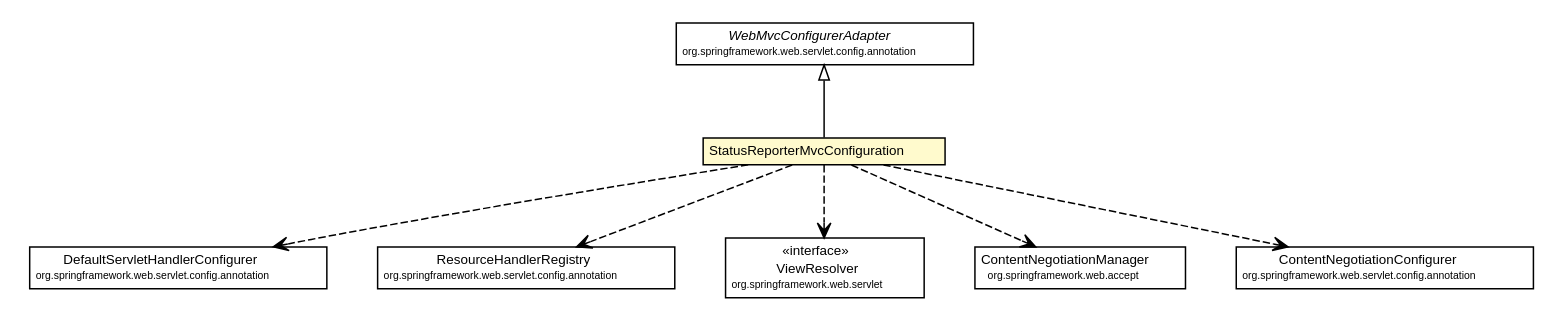
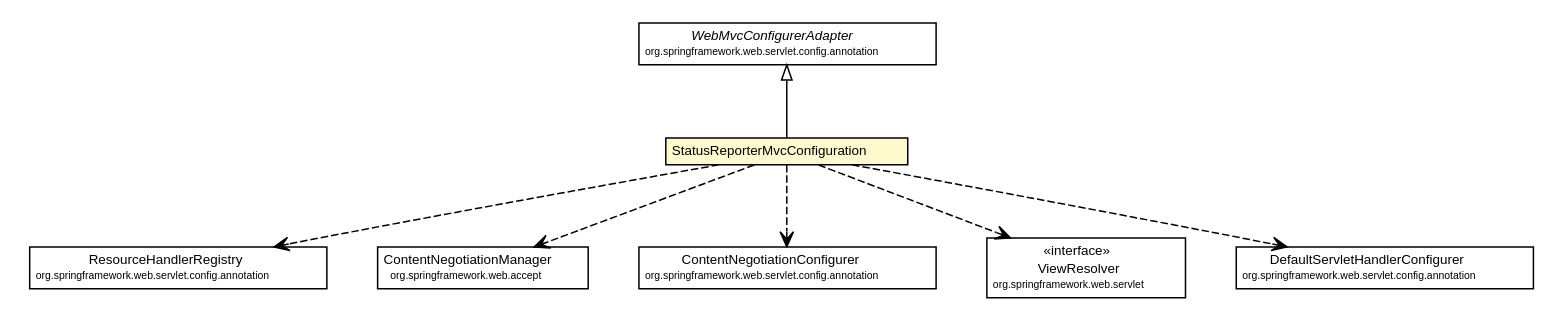
One commit to willmorejg/net.ljcomputing.status-reporter changed the diagram in docs/javadoc/apidocs/net/ljcomputing/sr/config/StatusReporterMvcConfiguration.dot. Above: the diagram before and after it, drawn with Graphviz. The commit also changed 189 other files, not shown here.

```diff
--- a/docs/javadoc/apidocs/net/ljcomputing/sr/config/StatusReporterMvcConfiguration.dot
+++ b/docs/javadoc/apidocs/net/ljcomputing/sr/config/StatusReporterMvcConfiguration.dot
@@ -1,73 +1,73 @@
 #!/usr/local/bin/dot
 #
 # Class diagram 
 # Generated by UMLGraph version R5_6-24-gf6e263 (http://www.umlgraph.org/)
 #
 
 digraph G {
 	edge [fontname="Helvetica",fontsize=10,labelfontname="Helvetica",labelfontsize=10];
 	node [fontname="Helvetica",fontsize=10,shape=plaintext];
 	nodesep=0.25;
 	ranksep=0.5;
 	// net.ljcomputing.sr.config.StatusReporterMvcConfiguration
 	c2625 [label=<<table title="net.ljcomputing.sr.config.StatusReporterMvcConfiguration" border="0" cellborder="1" cellspacing="0" cellpadding="2" port="p" bgcolor="lemonChiffon" href="./StatusReporterMvcConfiguration.html">
 		<tr><td><table border="0" cellspacing="0" cellpadding="1">
 <tr><td align="center" balign="center"> StatusReporterMvcConfiguration </td></tr>
 		</table></td></tr>
 		</table>>, URL="./StatusReporterMvcConfiguration.html", fontname="Helvetica", fontcolor="black", fontsize=9.0];
 	//net.ljcomputing.sr.config.StatusReporterMvcConfiguration extends org.springframework.web.servlet.config.annotation.WebMvcConfigurerAdapter
 	c2632:p -> c2625:p [dir=back,arrowtail=empty];
+	// net.ljcomputing.sr.config.StatusReporterMvcConfiguration DEPEND org.springframework.web.servlet.config.annotation.ResourceHandlerRegistry
+	c2625:p -> c2635:p [taillabel="", label="", headlabel="", fontname="Helvetica", fontcolor="black", fontsize=10.0, color="black", arrowhead=open, style=dashed];
+	// net.ljcomputing.sr.config.StatusReporterMvcConfiguration DEPEND org.springframework.web.accept.ContentNegotiationManager
+	c2625:p -> c2640:p [taillabel="", label="", headlabel="", fontname="Helvetica", fontcolor="black", fontsize=10.0, color="black", arrowhead=open, style=dashed];
+	// net.ljcomputing.sr.config.StatusReporterMvcConfiguration DEPEND org.springframework.web.servlet.config.annotation.ContentNegotiationConfigurer
+	c2625:p -> c2642:p [taillabel="", label="", headlabel="", fontname="Helvetica", fontcolor="black", fontsize=10.0, color="black", arrowhead=open, style=dashed];
+	// net.ljcomputing.sr.config.StatusReporterMvcConfiguration DEPEND org.springframework.web.servlet.ViewResolver
+	c2625:p -> c2644:p [taillabel="", label="", headlabel="", fontname="Helvetica", fontcolor="black", fontsize=10.0, color="black", arrowhead=open, style=dashed];
 	// net.ljcomputing.sr.config.StatusReporterMvcConfiguration DEPEND org.springframework.web.servlet.config.annotation.DefaultServletHandlerConfigurer
-	c2625:p -> c2635:p [taillabel="", label="", headlabel="", fontname="Helvetica", fontcolor="black", fontsize=10.0, color="black", arrowhead=open, style=dashed];
-	// net.ljcomputing.sr.config.StatusReporterMvcConfiguration DEPEND org.springframework.web.servlet.config.annotation.ResourceHandlerRegistry
-	c2625:p -> c2637:p [taillabel="", label="", headlabel="", fontname="Helvetica", fontcolor="black", fontsize=10.0, color="black", arrowhead=open, style=dashed];
-	// net.ljcomputing.sr.config.StatusReporterMvcConfiguration DEPEND org.springframework.web.servlet.ViewResolver
-	c2625:p -> c2639:p [taillabel="", label="", headlabel="", fontname="Helvetica", fontcolor="black", fontsize=10.0, color="black", arrowhead=open, style=dashed];
-	// net.ljcomputing.sr.config.StatusReporterMvcConfiguration DEPEND org.springframework.web.accept.ContentNegotiationManager
-	c2625:p -> c2644:p [taillabel="", label="", headlabel="", fontname="Helvetica", fontcolor="black", fontsize=10.0, color="black", arrowhead=open, style=dashed];
-	// net.ljcomputing.sr.config.StatusReporterMvcConfiguration DEPEND org.springframework.web.servlet.config.annotation.ContentNegotiationConfigurer
 	c2625:p -> c2646:p [taillabel="", label="", headlabel="", fontname="Helvetica", fontcolor="black", fontsize=10.0, color="black", arrowhead=open, style=dashed];
 	// org.springframework.web.servlet.config.annotation.DefaultServletHandlerConfigurer
-	c2635 [label=<<table title="org.springframework.web.servlet.config.annotation.DefaultServletHandlerConfigurer" border="0" cellborder="1" cellspacing="0" cellpadding="2" port="p">
+	c2646 [label=<<table title="org.springframework.web.servlet.config.annotation.DefaultServletHandlerConfigurer" border="0" cellborder="1" cellspacing="0" cellpadding="2" port="p">
 		<tr><td><table border="0" cellspacing="0" cellpadding="1">
 <tr><td align="center" balign="center"> DefaultServletHandlerConfigurer </td></tr>
 <tr><td align="center" balign="center"><font point-size="7.0"> org.springframework.web.servlet.config.annotation </font></td></tr>
 		</table></td></tr>
 		</table>>, URL="null", fontname="Helvetica", fontcolor="black", fontsize=9.0];
 	// org.springframework.web.servlet.config.annotation.ContentNegotiationConfigurer
-	c2646 [label=<<table title="org.springframework.web.servlet.config.annotation.ContentNegotiationConfigurer" border="0" cellborder="1" cellspacing="0" cellpadding="2" port="p">
+	c2642 [label=<<table title="org.springframework.web.servlet.config.annotation.ContentNegotiationConfigurer" border="0" cellborder="1" cellspacing="0" cellpadding="2" port="p">
 		<tr><td><table border="0" cellspacing="0" cellpadding="1">
 <tr><td align="center" balign="center"> ContentNegotiationConfigurer </td></tr>
 <tr><td align="center" balign="center"><font point-size="7.0"> org.springframework.web.servlet.config.annotation </font></td></tr>
 		</table></td></tr>
 		</table>>, URL="null", fontname="Helvetica", fontcolor="black", fontsize=9.0];
 	// org.springframework.web.servlet.config.annotation.WebMvcConfigurerAdapter
 	c2632 [label=<<table title="org.springframework.web.servlet.config.annotation.WebMvcConfigurerAdapter" border="0" cellborder="1" cellspacing="0" cellpadding="2" port="p">
 		<tr><td><table border="0" cellspacing="0" cellpadding="1">
 <tr><td align="center" balign="center"><font face="Helvetica-Oblique"> WebMvcConfigurerAdapter </font></td></tr>
 <tr><td align="center" balign="center"><font point-size="7.0"> org.springframework.web.servlet.config.annotation </font></td></tr>
 		</table></td></tr>
 		</table>>, URL="null", fontname="Helvetica", fontcolor="black", fontsize=9.0];
 	// org.springframework.web.servlet.ViewResolver
-	c2639 [label=<<table title="org.springframework.web.servlet.ViewResolver" border="0" cellborder="1" cellspacing="0" cellpadding="2" port="p">
+	c2644 [label=<<table title="org.springframework.web.servlet.ViewResolver" border="0" cellborder="1" cellspacing="0" cellpadding="2" port="p">
 		<tr><td><table border="0" cellspacing="0" cellpadding="1">
 <tr><td align="center" balign="center"> &#171;interface&#187; </td></tr>
 <tr><td align="center" balign="center"> ViewResolver </td></tr>
 <tr><td align="center" balign="center"><font point-size="7.0"> org.springframework.web.servlet </font></td></tr>
 		</table></td></tr>
 		</table>>, URL="null", fontname="Helvetica", fontcolor="black", fontsize=9.0];
 	// org.springframework.web.servlet.config.annotation.ResourceHandlerRegistry
-	c2637 [label=<<table title="org.springframework.web.servlet.config.annotation.ResourceHandlerRegistry" border="0" cellborder="1" cellspacing="0" cellpadding="2" port="p">
+	c2635 [label=<<table title="org.springframework.web.servlet.config.annotation.ResourceHandlerRegistry" border="0" cellborder="1" cellspacing="0" cellpadding="2" port="p">
 		<tr><td><table border="0" cellspacing="0" cellpadding="1">
 <tr><td align="center" balign="center"> ResourceHandlerRegistry </td></tr>
 <tr><td align="center" balign="center"><font point-size="7.0"> org.springframework.web.servlet.config.annotation </font></td></tr>
 		</table></td></tr>
 		</table>>, URL="null", fontname="Helvetica", fontcolor="black", fontsize=9.0];
 	// org.springframework.web.accept.ContentNegotiationManager
-	c2644 [label=<<table title="org.springframework.web.accept.ContentNegotiationManager" border="0" cellborder="1" cellspacing="0" cellpadding="2" port="p">
+	c2640 [label=<<table title="org.springframework.web.accept.ContentNegotiationManager" border="0" cellborder="1" cellspacing="0" cellpadding="2" port="p">
 		<tr><td><table border="0" cellspacing="0" cellpadding="1">
 <tr><td align="center" balign="center"> ContentNegotiationManager </td></tr>
 <tr><td align="center" balign="center"><font point-size="7.0"> org.springframework.web.accept </font></td></tr>
 		</table></td></tr>
 		</table>>, URL="null", fontname="Helvetica", fontcolor="black", fontsize=9.0];
 }
```
